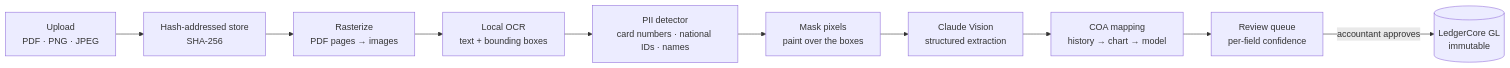
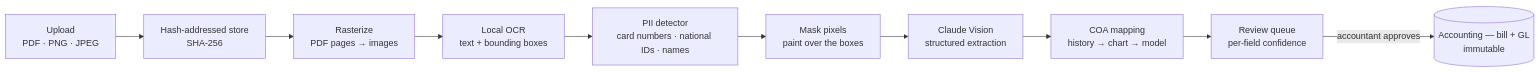
The diagram in docs/capture.md (ankitdubey93/AutoLedger), drawn with Mermaid before and after one commit. The commit also changed other lines of this file and 29 other files, not shown here.

````diff
--- a/docs/capture.md
+++ b/docs/capture.md
@@ -78,12 +78,12 @@
 ```mermaid
 flowchart LR
   U[Upload<br/>PDF · PNG · JPEG] --> S[Hash-addressed store<br/>SHA-256]
   S --> R[Rasterize<br/>PDF pages → images]
   R --> O[Local OCR<br/>text + bounding boxes]
   O --> D[PII detector<br/>card numbers · national IDs · names]
   D --> M[Mask pixels<br/>paint over the boxes]
   M --> V[Claude Vision<br/>structured extraction]
   V --> C[COA mapping<br/>history → chart → model]
   C --> Q[Review queue<br/>per-field confidence]
-  Q -->|accountant approves| GL[(LedgerCore GL<br/>immutable)]
+  Q -->|accountant approves| GL[(Accounting — bill + GL<br/>immutable)]
 ```
````
